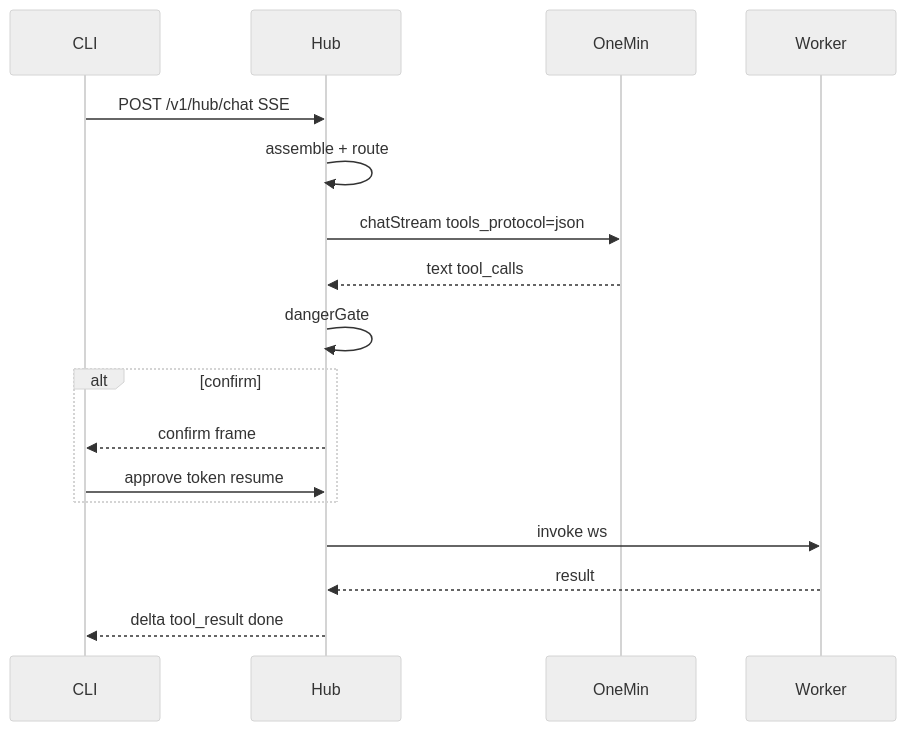
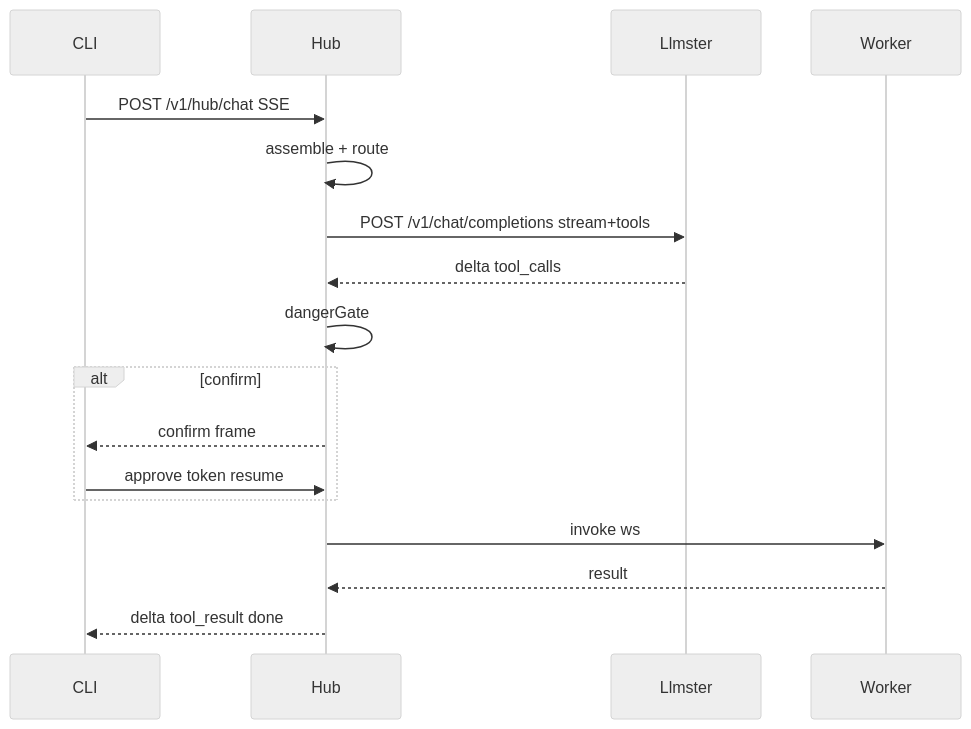
One commit to Flkalas/venglyph changed the diagram in .cursor/plans/venglyph-m0-m1.plan.md. Above: the diagram before and after it, drawn with Mermaid (neutral theme). The commit also changed other lines of this file, not shown here.

Commit message:
docs: mark M0/M1 plan complete for llmster path

````diff
--- a/.cursor/plans/venglyph-m0-m1.plan.md
+++ b/.cursor/plans/venglyph-m0-m1.plan.md
@@ -44,19 +44,19 @@
 ```mermaid
 sequenceDiagram
   participant CLI
   participant Hub
-  participant OneMin
+  participant Llmster
   participant Worker
   CLI->>Hub: POST /v1/hub/chat SSE
   Hub->>Hub: assemble + route
-  Hub->>OneMin: chatStream tools_protocol=json
-  OneMin-->>Hub: text tool_calls
+  Hub->>Llmster: POST /v1/chat/completions stream+tools
+  Llmster-->>Hub: delta tool_calls
   Hub->>Hub: dangerGate
   alt confirm
     Hub-->>CLI: confirm frame
     CLI->>Hub: approve token resume
   end
   Hub->>Worker: invoke ws
   Worker-->>Hub: result
   Hub-->>CLI: delta tool_result done
 ```
````
